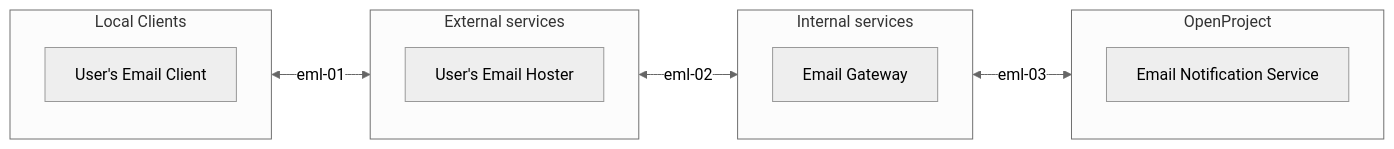
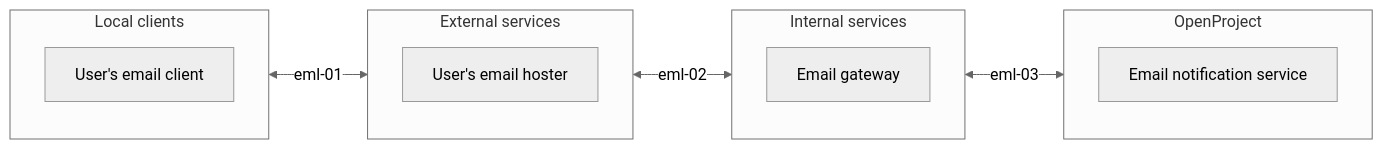
Before and after one commit to opf/openproject: the third of 7 diagrams in docs/development/data-flow/README.md, drawn with Mermaid. The commit also changed other lines of this file, not shown here.

Commit message:
Adding api integrations to the data flow docs and minor harmonizations

````diff
--- a/docs/development/data-flow/README.md
+++ b/docs/development/data-flow/README.md
@@ -312,35 +312,35 @@
 ```mermaid
 %%{init: {'theme':'neutral'}}%%
 
 flowchart LR
-  A[User's Email Client] <-->|eml-01| B[User's Email Hoster]
-  B <-->|eml-02| C[Email Gateway]
-  C <-->|eml-03| D[Email Notification Service]
+  A[User's email client] <-->|eml-01| B[User's email hoster]
+  B <-->|eml-02| C[Email gateway]
+  C <-->|eml-03| D[Email notification service]
 
  
-   subgraph localclients[Local Clients]
+   subgraph localclients[Local clients]
   direction TB
   	A
     end
  
  subgraph internal[Internal services]
   direction TB
   	C
   
     end
 
   subgraph external[External services]
   direction TB
   	A
   	B
     end
     
   subgraph OpenProject
   direction TB
   	D
     end
     
     
 
 
 ```
````
